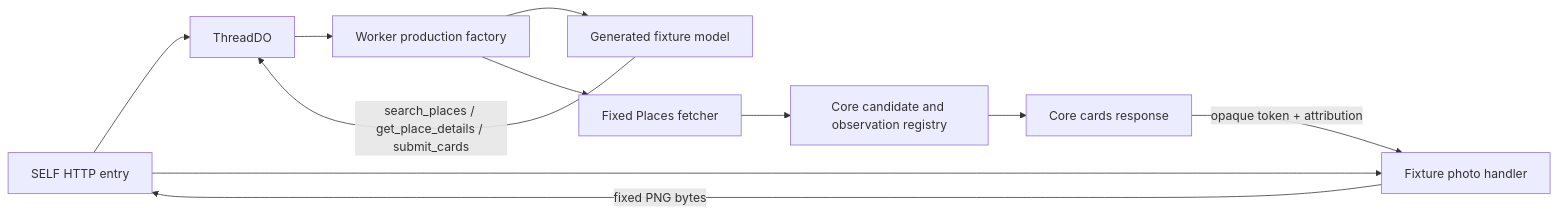
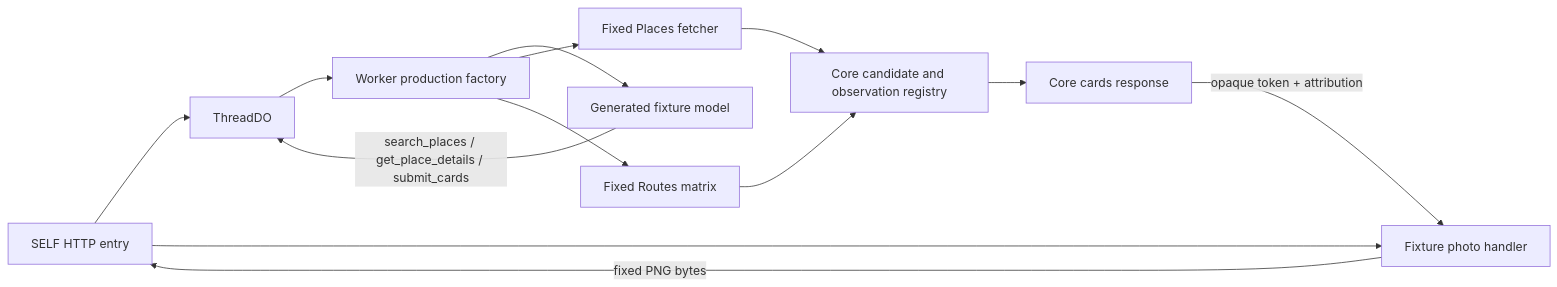
Before and after one commit to takapom/ima-app: the diagram in docs/design/m28-dev-fixture.md, drawn with Mermaid. The commit also changed other lines of this file and 3 other files, not shown here.

````diff
--- a/docs/design/m28-dev-fixture.md
+++ b/docs/design/m28-dev-fixture.md
@@ -10,13 +11,15 @@
 ```mermaid
 flowchart LR
   HTTP[SELF HTTP entry] --> DO[ThreadDO]
   DO --> Factory[Worker production factory]
   Factory --> Model[Generated fixture model]
   Factory --> Places[Fixed Places fetcher]
+  Factory --> Routes[Fixed Routes matrix]
   HTTP --> Photo[Fixture photo handler]
   Model -->|search_places / get_place_details / submit_cards| DO
   Places --> Registry[Core candidate and observation registry]
+  Routes --> Registry
   Registry --> Cards[Core cards response]
   Cards -->|opaque token + attribution| Photo
   Photo -->|fixed PNG bytes| HTTP
 ```
````
